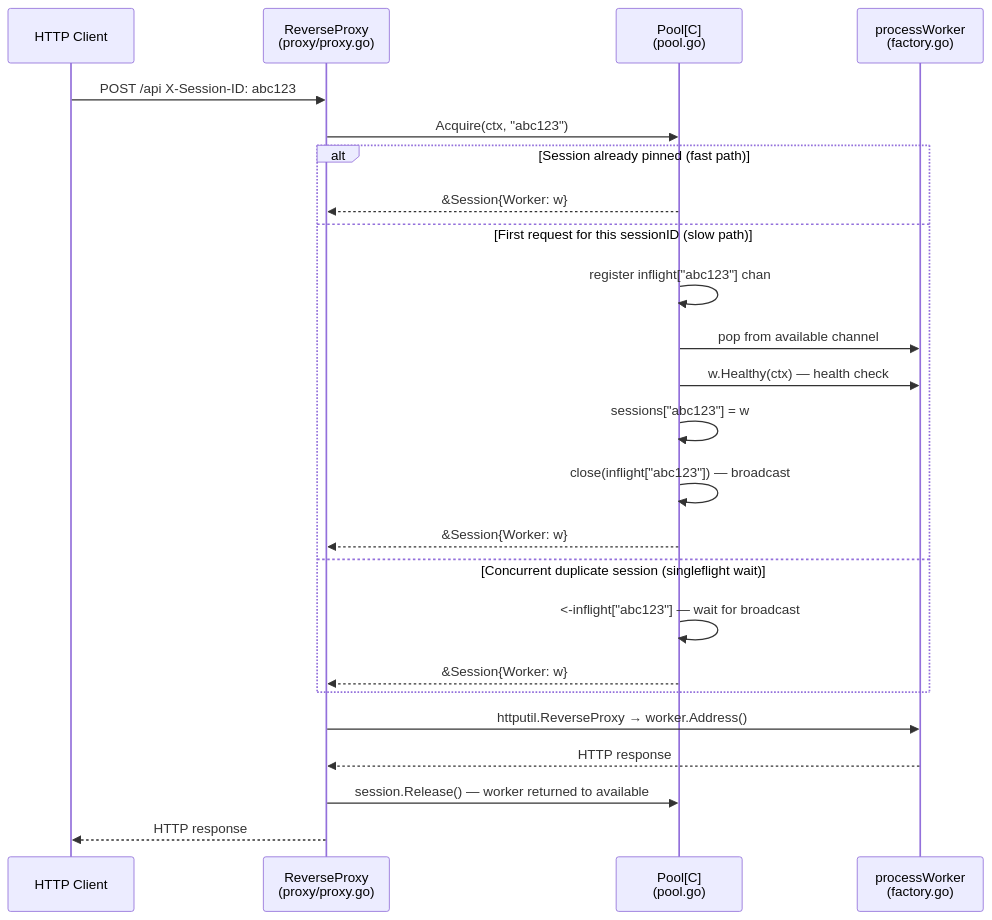
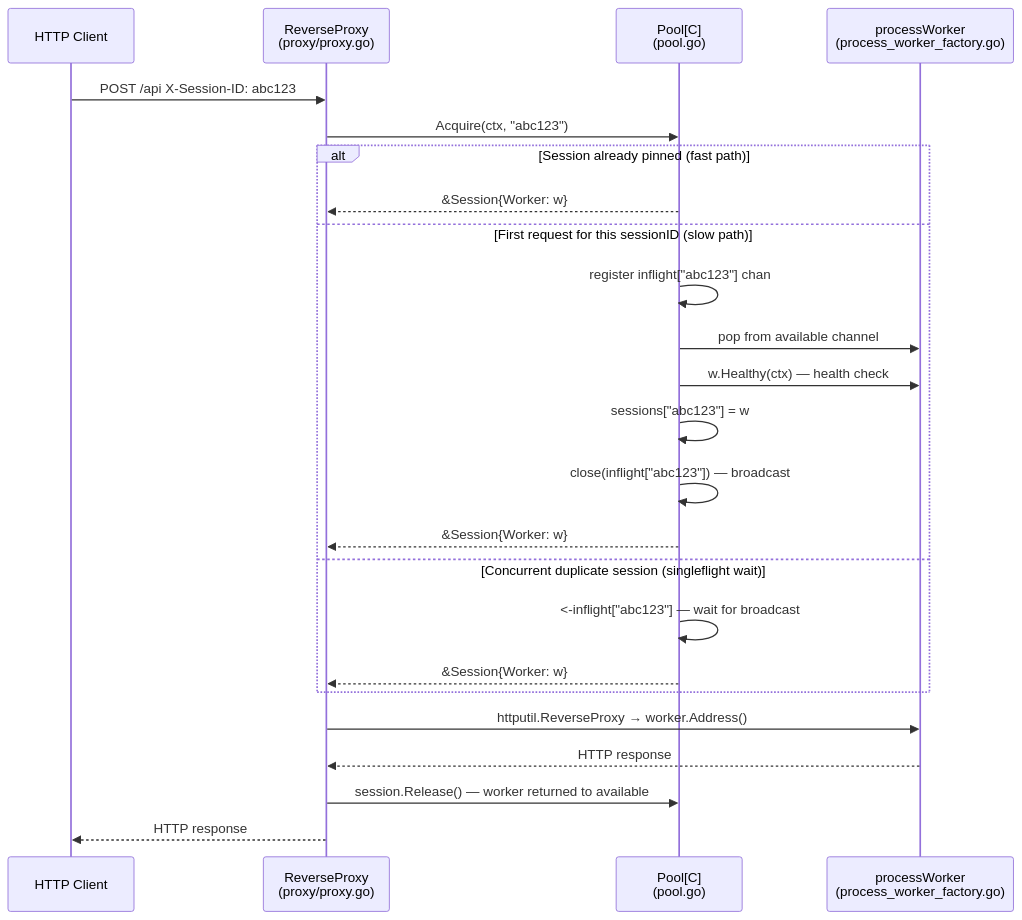
Before and after one commit to HackStrix/herd: the first of 2 diagrams in docs/ARCHITECTURE.md, drawn with Mermaid. The commit also changed other lines of this file, not shown here.

Commit message:
udpating architecture md file

````diff
--- a/docs/ARCHITECTURE.md
+++ b/docs/ARCHITECTURE.md
@@ -12,30 +12,30 @@
 ```mermaid
 sequenceDiagram
     participant Client as HTTP Client
     participant Proxy as ReverseProxy<br/>(proxy/proxy.go)
     participant Pool as Pool[C]<br/>(pool.go)
-    participant Worker as processWorker<br/>(factory.go)
+    participant Worker as processWorker<br/>(process_worker_factory.go)
 
     Client->>Proxy: POST /api  X-Session-ID: abc123
 
     Proxy->>Pool: Acquire(ctx, "abc123")
 
     alt Session already pinned (fast path)
         Pool-->>Proxy: &Session{Worker: w}
     else First request for this sessionID (slow path)
         Pool->>Pool: register inflight["abc123"] chan
         Pool->>Worker: pop from available channel
         Pool->>Worker: w.Healthy(ctx) — health check
         Pool->>Pool: sessions["abc123"] = w
         Pool->>Pool: close(inflight["abc123"]) — broadcast
         Pool-->>Proxy: &Session{Worker: w}
     else Concurrent duplicate session (singleflight wait)
         Pool->>Pool: <-inflight["abc123"] — wait for broadcast
         Pool-->>Proxy: &Session{Worker: w}
     end
 
     Proxy->>Worker: httputil.ReverseProxy → worker.Address()
     Worker-->>Proxy: HTTP response
     Proxy->>Pool: session.Release() — worker returned to available
     Proxy-->>Client: HTTP response
 ```
````
